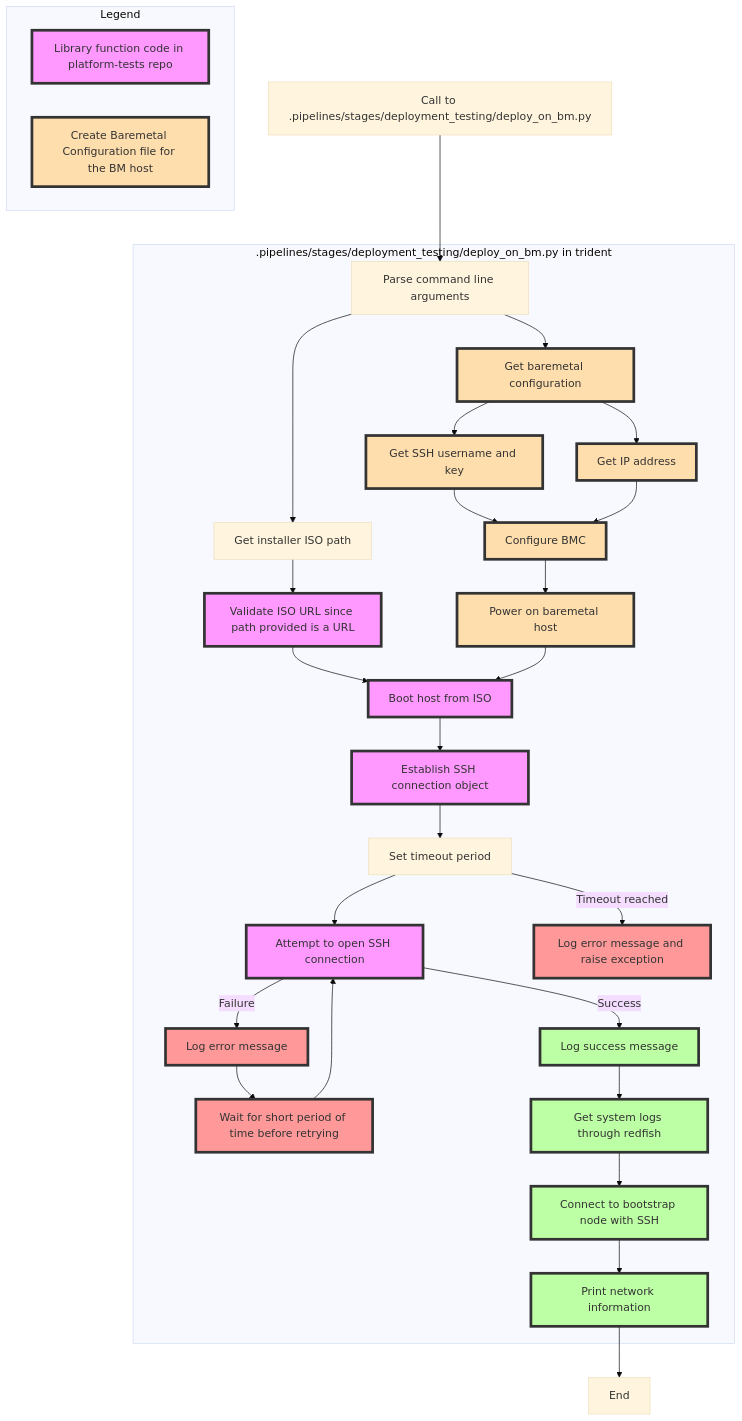
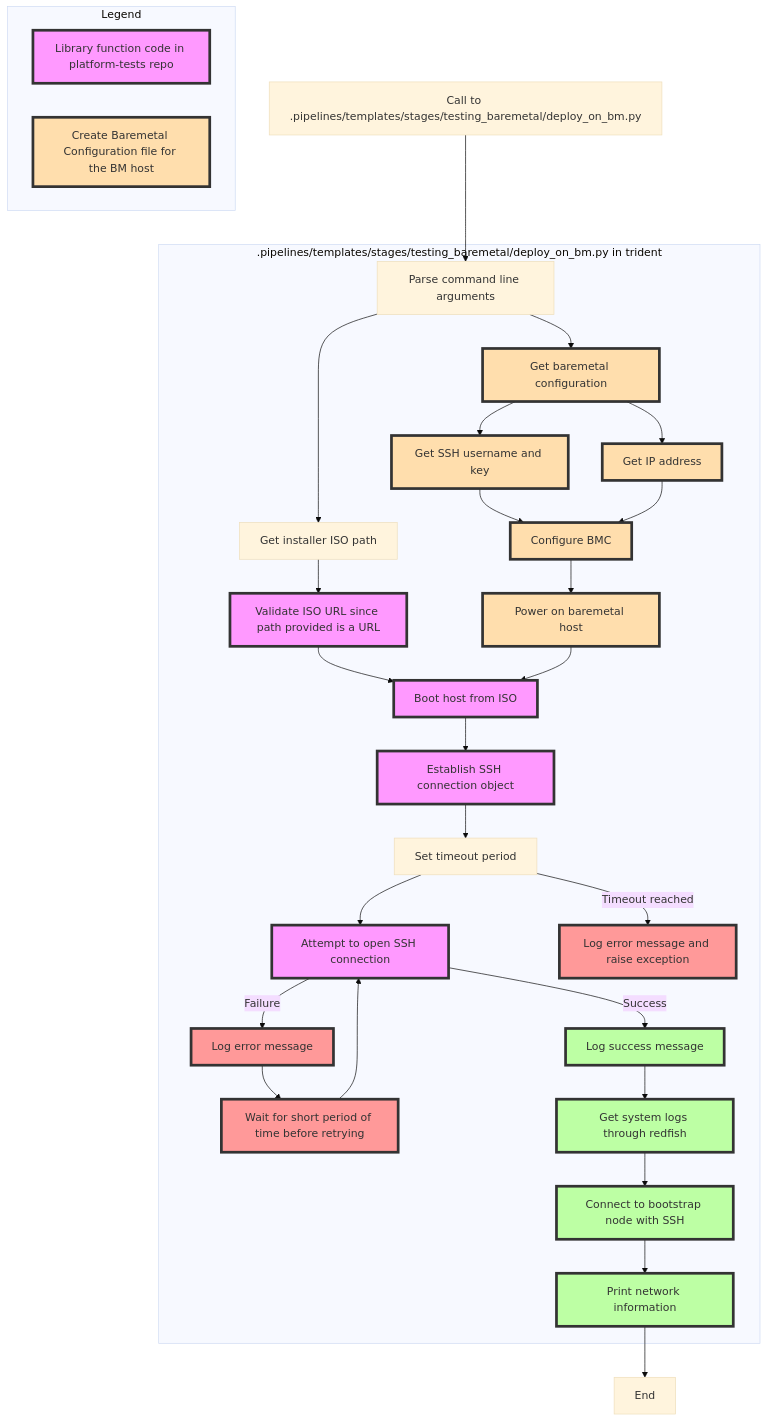
The diagram in dev-docs/diagrams/boot-baremetal-lab-machine.mmd (microsoft/trident), drawn with Mermaid (base theme) before and after one commit. The commit also changed 28 other files, not shown here.

```diff
--- a/dev-docs/diagrams/boot-baremetal-lab-machine.mmd
+++ b/dev-docs/diagrams/boot-baremetal-lab-machine.mmd
@@ -1,41 +1,41 @@
 graph TD;
     classDef Red fill:#FF9999,stroke:#333,stroke-width:4px;
     classDef Amber fill:#FFDEAD,stroke:#333,stroke-width:4px;
     classDef Green fill:#BDFFA4,stroke:#333,stroke-width:4px;
     classDef Purple fill:#f9f,stroke:#333,stroke-width:4px;
-    A[Call to .pipelines/stages/deployment_testing/deploy_on_bm.py] --> B[Parse command line arguments];
-    subgraph .pipelines/stages/deployment_testing/deploy_on_bm.py in trident
+    A[Call to .pipelines/templates/stages/testing_baremetal/deploy_on_bm.py] --> B[Parse command line arguments];
+    subgraph .pipelines/templates/stages/testing_baremetal/deploy_on_bm.py in trident
         B --> C[Get baremetal configuration];
         C --> D[Get SSH username and key];
         C --> E[Get network information];
         D[Get SSH username and key] --> F[Configure BMC];
         E[Get IP address] --> F;
         B --> G[Get installer ISO path];
         G --> I[Validate ISO URL since path provided is a URL];
         F --> J[Power on baremetal host];
         I --> K[Boot host from ISO];
         J --> K[Boot host from ISO];
         K --> L0[Establish SSH connection object];
         L0 --> L1[Set timeout period];
         L1 --> L2[Attempt to open SSH connection];
         L2 -->|Success| L3[Log success message];
         L2 -->|Failure| L4[Log error message];
         L4 --> L5[Wait for short period of time before retrying];
         L5 --> L2;
         L1 -->|Timeout reached| L6[Log error message and raise exception];
         L3 --> M[Get system logs through redfish];
         M --> N[Connect to bootstrap node with SSH];
         N --> O[Print network information];
         class C,D,E,F,J Amber;
         class L4,L5,L6 Red;
         class L3,M,N,O Green;
         class I,K,L0,L2 Purple;
     end
     O --> P[End];
 subgraph Legend
     direction LR
     LE1[Library function code in platform-tests repo]
     LE2[Create Baremetal Configuration file for the BM host]
     class LE1 Purple;
     class LE2 Amber;
 end
```
